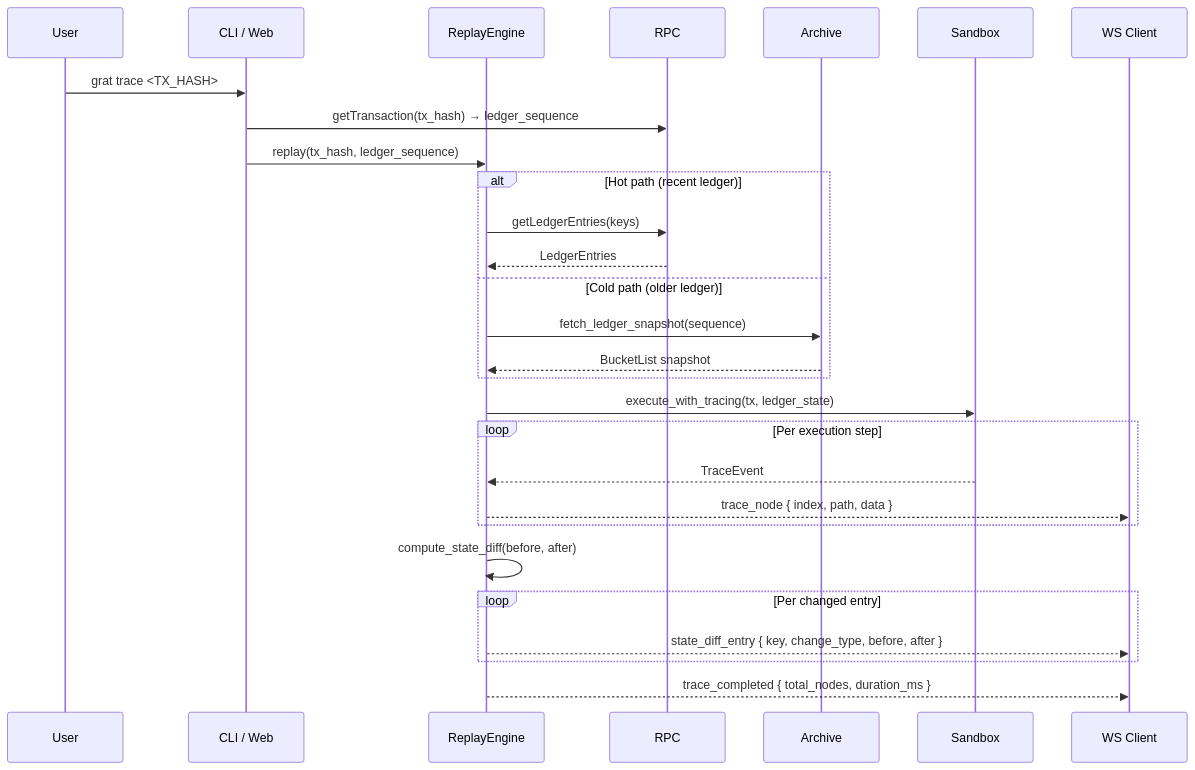
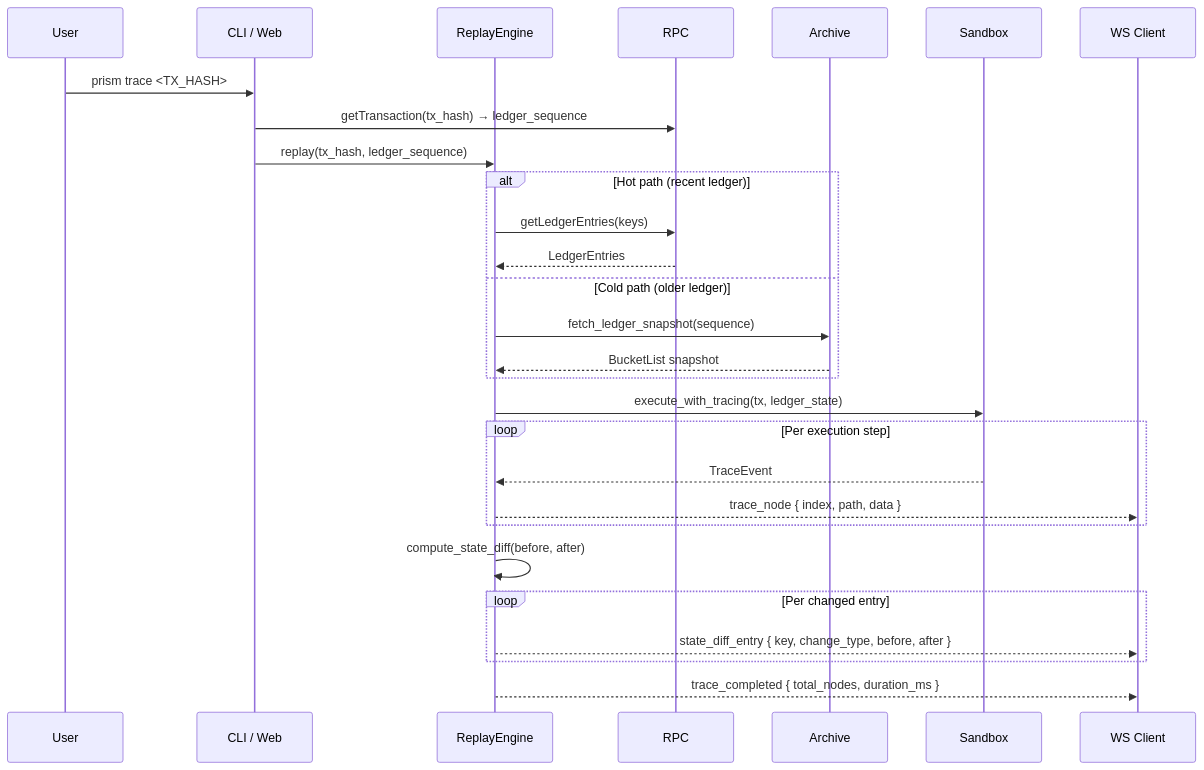
The third of 5 diagrams in docs/architecture/overview.md (DevNiola/Prism), drawn with Mermaid before and after one commit. The commit also changed other lines of this file and 72 other files, not shown here.

Commit message:
docs: standardize Prism CLI and engine naming

````diff
--- a/docs/architecture/overview.md
+++ b/docs/architecture/overview.md
@@ -162,37 +162,37 @@
 ```mermaid
 sequenceDiagram
     participant User
     participant CLI / Web
     participant ReplayEngine
     participant RPC
     participant Archive
     participant Sandbox
     participant WS Client
 
-    User->>CLI / Web: grat trace <TX_HASH>
+    User->>CLI / Web: prism trace <TX_HASH>
     CLI / Web->>RPC: getTransaction(tx_hash) → ledger_sequence
     CLI / Web->>ReplayEngine: replay(tx_hash, ledger_sequence)
 
     alt Hot path (recent ledger)
         ReplayEngine->>RPC: getLedgerEntries(keys)
         RPC-->>ReplayEngine: LedgerEntries
     else Cold path (older ledger)
         ReplayEngine->>Archive: fetch_ledger_snapshot(sequence)
         Archive-->>ReplayEngine: BucketList snapshot
     end
 
     ReplayEngine->>Sandbox: execute_with_tracing(tx, ledger_state)
 
     loop Per execution step
         Sandbox-->>ReplayEngine: TraceEvent
         ReplayEngine-->>WS Client: trace_node { index, path, data }
     end
 
     ReplayEngine->>ReplayEngine: compute_state_diff(before, after)
 
     loop Per changed entry
         ReplayEngine-->>WS Client: state_diff_entry { key, change_type, before, after }
     end
 
     ReplayEngine-->>WS Client: trace_completed { total_nodes, duration_ms }
 ```
````
